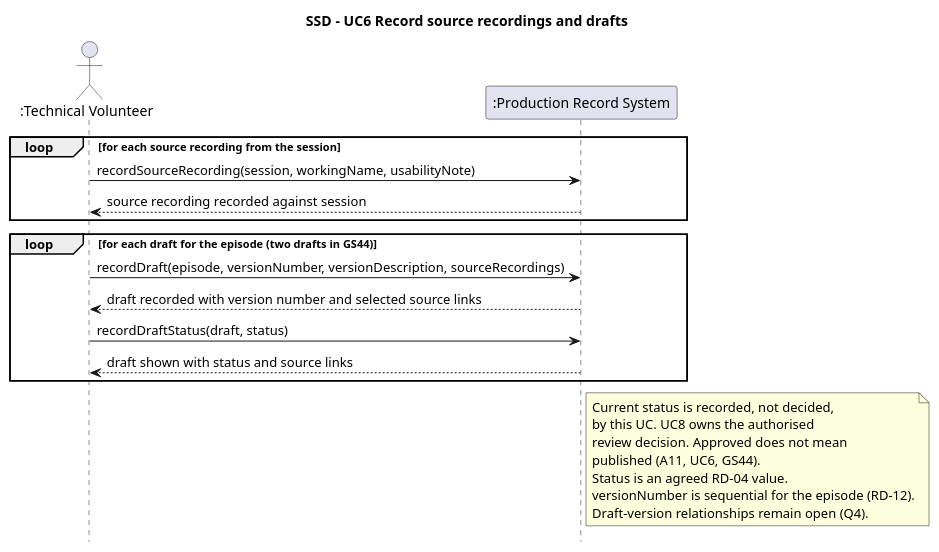
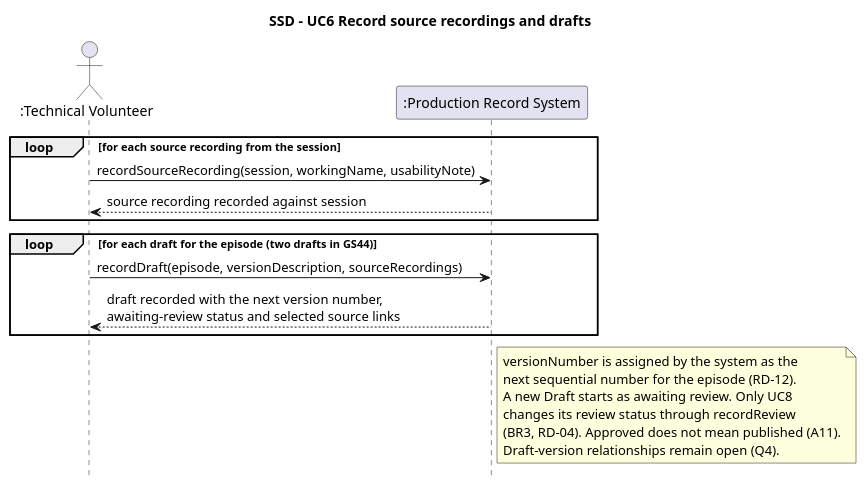
The diagram in CA 2/Diagrams/System_Sequence_Diagrams/SSD_UC6_RecordSourcesAndDrafts.puml (Rani-Wheeza/Local-Podcast-Production-Service), drawn with PlantUML before and after one commit. The commit also changed 6 other files, not shown here.

```diff
--- a/CA 2/Diagrams/System_Sequence_Diagrams/SSD_UC6_RecordSourcesAndDrafts.puml
+++ b/CA 2/Diagrams/System_Sequence_Diagrams/SSD_UC6_RecordSourcesAndDrafts.puml
@@ -1,30 +1,26 @@
 @startuml SSD_UC6_RecordSourcesAndDrafts
 title SSD - UC6 Record source recordings and drafts
 hide footbox
 
 actor ":Technical Volunteer" as TV
 participant ":Production Record System" as S
 
 loop for each source recording from the session
   TV -> S : recordSourceRecording(session, workingName, usabilityNote)
   S --> TV : source recording recorded against session
 end
 
 loop for each draft for the episode (two drafts in GS44)
-  TV -> S : recordDraft(episode, versionNumber, versionDescription, sourceRecordings)
-  S --> TV : draft recorded with version number and selected source links
-
-  TV -> S : recordDraftStatus(draft, status)
-  S --> TV : draft shown with status and source links
+  TV -> S : recordDraft(episode, versionDescription, sourceRecordings)
+  S --> TV : draft recorded with the next version number,\nawaiting-review status and selected source links
 end
 
 note right of S
-  Current status is recorded, not decided,
-  by this UC. UC8 owns the authorised
-  review decision. Approved does not mean
-  published (A11, UC6, GS44).
-  Status is an agreed RD-04 value.
-  versionNumber is sequential for the episode (RD-12).
+  versionNumber is assigned by the system as the
+  next sequential number for the episode (RD-12).
+  A new Draft starts as awaiting review. Only UC8
+  changes its review status through recordReview
+  (BR3, RD-04). Approved does not mean published (A11).
   Draft-version relationships remain open (Q4).
 end note
 @enduml
```
